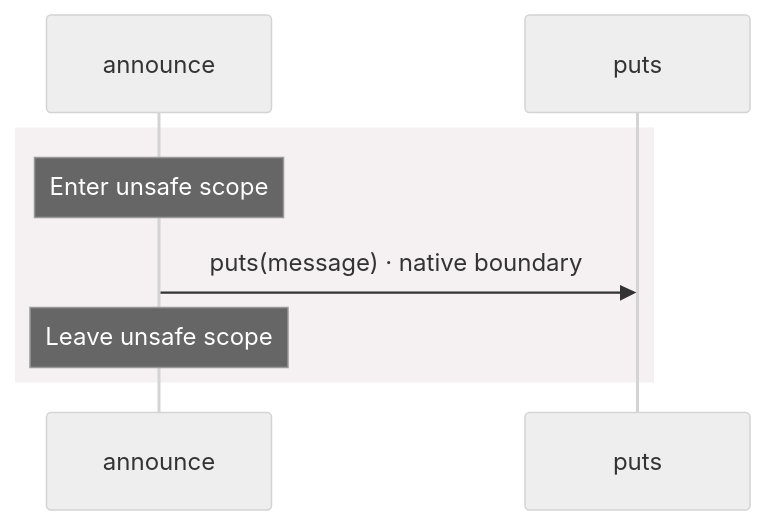
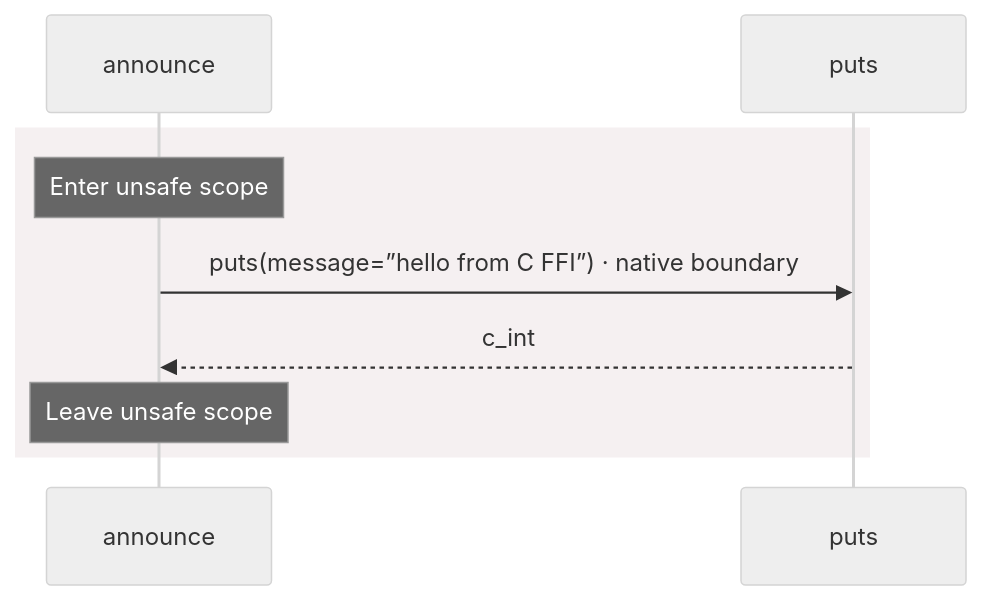
Before and after one commit to GreenPandaStudios/augscript: the second of 2 diagrams in docs/examples/ffi/native-diagrams.md, drawn with Mermaid (neutral theme). The commit also changed other lines of this file and 524 other files, not shown here.

Commit message:
Explain checked data flow at folder and service levels

````diff
--- a/docs/examples/ffi/native-diagrams.md
+++ b/docs/examples/ffi/native-diagrams.md
@@ -53,10 +47,11 @@
 ```mermaid
 sequenceDiagram
     participant p0 as announce
     participant p1 as puts
     rect rgb(245, 240, 241)
     Note over p0: Enter unsafe scope
-    p0->>p1: puts(message) · native boundary
+    p0->>p1: puts(message=”hello from C FFI”) · native boundary
+    p1-->>p0: c_int
     Note over p0: Leave unsafe scope
     end
 ```
````
